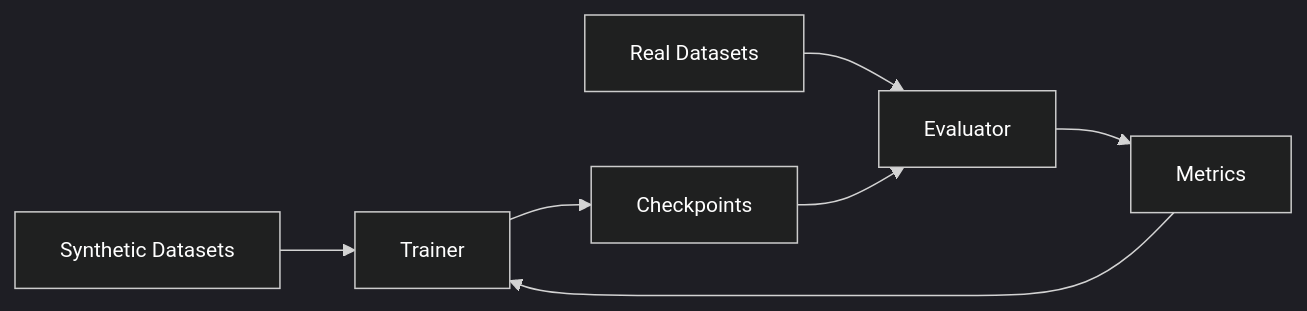
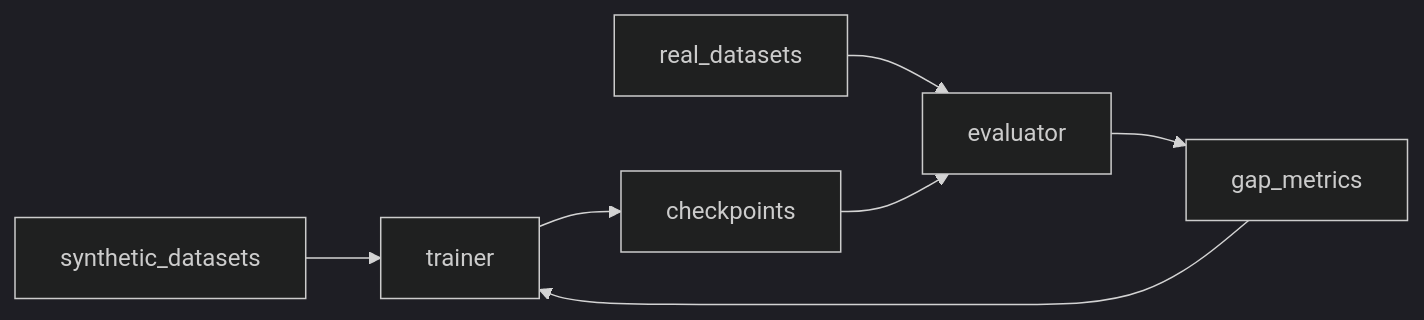
One commit to aurelius-in/RoboCaps changed the diagram in architecture/system_C_Sim2Real/Sim2Real_logical.md. Above: the diagram before and after it, drawn with Mermaid. The commit also changed other lines of this file and 13 other files, not shown here.

Commit message:
arch: deepen global/system docs with detailed narratives and diagrams

````diff
--- a/architecture/system_C_Sim2Real/Sim2Real_logical.md
+++ b/architecture/system_C_Sim2Real/Sim2Real_logical.md
@@ -15,10 +26,10 @@
 ```mermaid
-%%{init: { 'theme': 'dark', 'themeVariables': { 'background':'#000', 'primaryTextColor':'#FFF', 'textColor':'#FFF', 'fontSize':'14px' }}}%%
+%%{init: { 'theme': 'dark', 'themeVariables': { 'background':'#000000', 'primaryTextColor':'#FFFFFF', 'fontSize':'16px' }}}%%
 flowchart LR
-    SYN[Synthetic Datasets] --> T[Trainer]
-    REAL[Real Datasets] --> E[Evaluator]
-    T --> CKPT[Checkpoints]
-    CKPT --> E
-    E --> MET[Metrics]
-    MET --> T
+  SYN[synthetic_datasets] --> T[trainer]
+  REAL[real_datasets] --> E[evaluator]
+  T --> CKPT[checkpoints]
+  CKPT --> E
+  E --> GAP[gap_metrics]
+  GAP --> T
 ```
````
